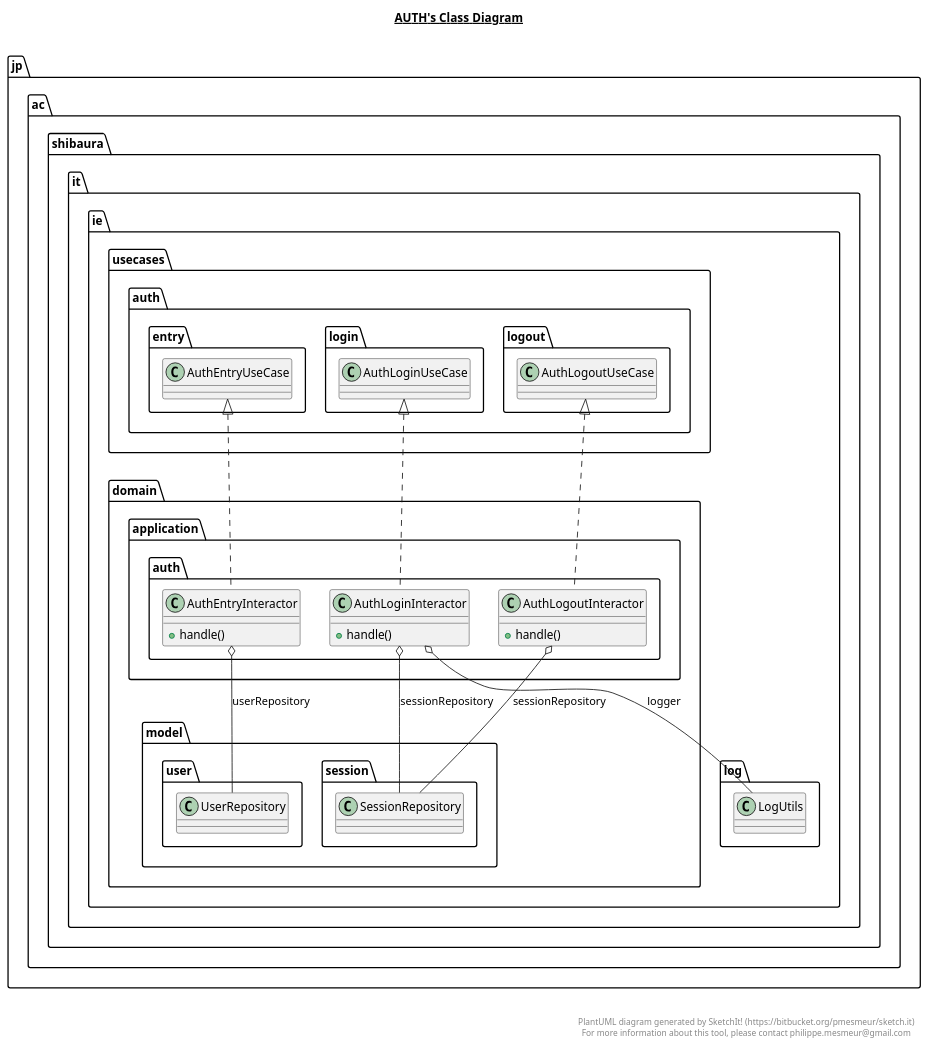
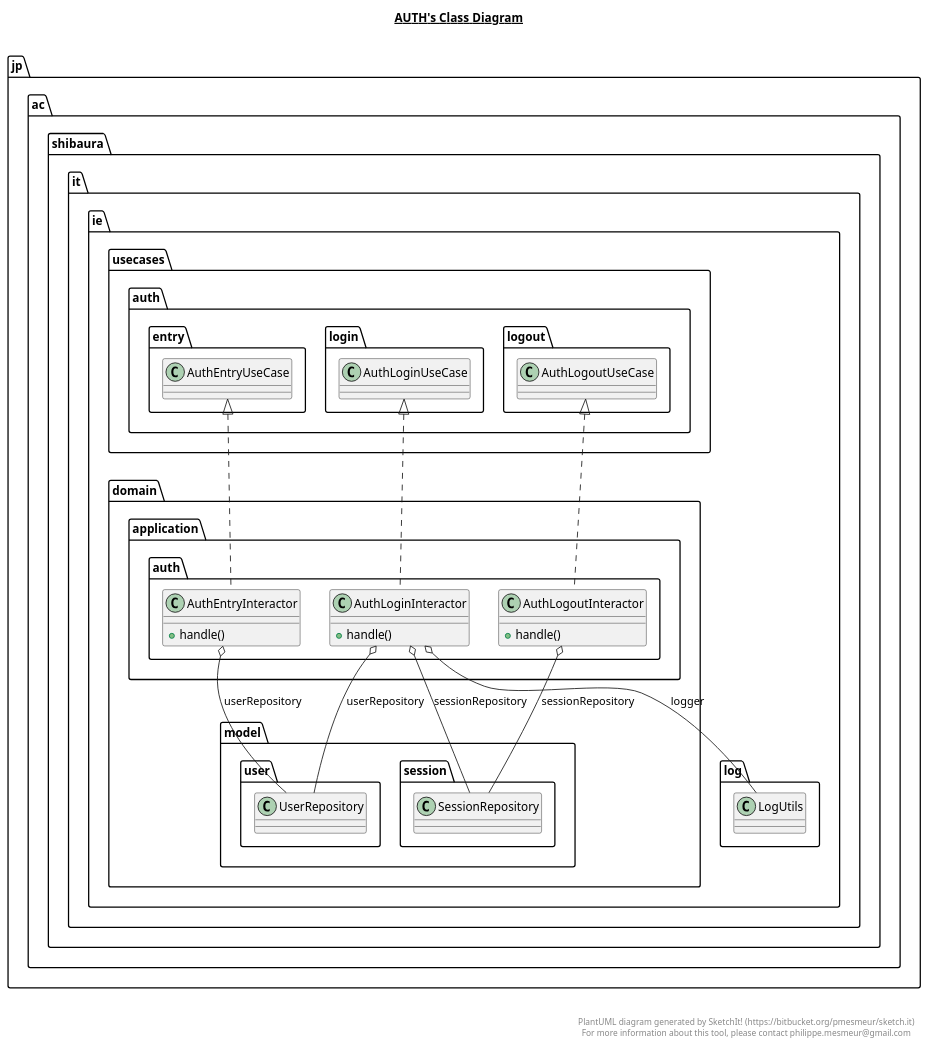
Before and after one commit to THEToilet/chatLobbyServer: the diagram in src/jp/ac/shibaura/it/ie/domain/application/auth/auth.plantuml, drawn with PlantUML. The commit also changed 8 other files, not shown here.

```diff
--- a/src/jp/ac/shibaura/it/ie/domain/application/auth/auth.plantuml
+++ b/src/jp/ac/shibaura/it/ie/domain/application/auth/auth.plantuml
@@ -1,48 +1,49 @@
 @startuml
 
 title __AUTH's Class Diagram__\n
 
   namespace jp.ac.shibaura.it.ie {
     namespace domain.application.auth {
       class jp.ac.shibaura.it.ie.domain.application.auth.AuthEntryInteractor {
           + handle()
       }
     }
   }
   
 
   namespace jp.ac.shibaura.it.ie {
     namespace domain.application.auth {
       class jp.ac.shibaura.it.ie.domain.application.auth.AuthLoginInteractor {
           + handle()
       }
     }
   }
   
 
   namespace jp.ac.shibaura.it.ie {
     namespace domain.application.auth {
       class jp.ac.shibaura.it.ie.domain.application.auth.AuthLogoutInteractor {
           + handle()
       }
     }
   }
   
 
   jp.ac.shibaura.it.ie.domain.application.auth.AuthEntryInteractor .up.|> jp.ac.shibaura.it.ie.usecases.auth.entry.AuthEntryUseCase
   jp.ac.shibaura.it.ie.domain.application.auth.AuthEntryInteractor o-- jp.ac.shibaura.it.ie.domain.model.user.UserRepository : userRepository
   jp.ac.shibaura.it.ie.domain.application.auth.AuthLoginInteractor .up.|> jp.ac.shibaura.it.ie.usecases.auth.login.AuthLoginUseCase
   jp.ac.shibaura.it.ie.domain.application.auth.AuthLoginInteractor o-- jp.ac.shibaura.it.ie.log.LogUtils : logger
   jp.ac.shibaura.it.ie.domain.application.auth.AuthLoginInteractor o-- jp.ac.shibaura.it.ie.domain.model.session.SessionRepository : sessionRepository
+  jp.ac.shibaura.it.ie.domain.application.auth.AuthLoginInteractor o-- jp.ac.shibaura.it.ie.domain.model.user.UserRepository : userRepository
   jp.ac.shibaura.it.ie.domain.application.auth.AuthLogoutInteractor .up.|> jp.ac.shibaura.it.ie.usecases.auth.logout.AuthLogoutUseCase
   jp.ac.shibaura.it.ie.domain.application.auth.AuthLogoutInteractor o-- jp.ac.shibaura.it.ie.domain.model.session.SessionRepository : sessionRepository
 
 
 right footer
 
 
 PlantUML diagram generated by SketchIt! (https://bitbucket.org/pmesmeur/sketch.it)
 For more information about this tool, please contact philippe.mesmeur@gmail.com
 endfooter
 
 @enduml
```
